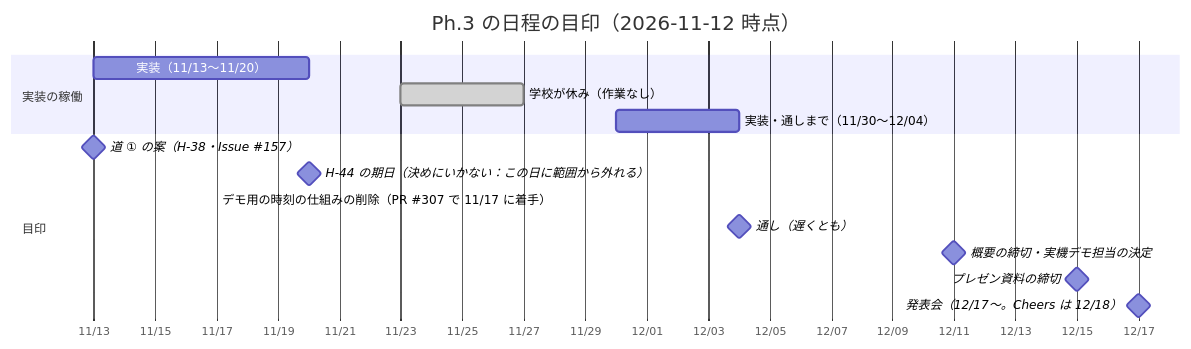
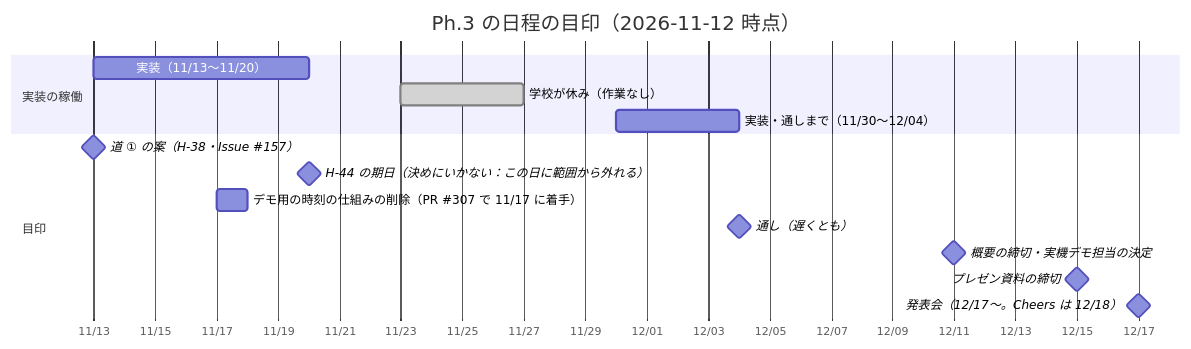
Before and after one commit to 250158hj-maker/yse_compass: the second of 2 diagrams in pm/wbs.md, drawn with Mermaid. The commit also changed other lines of this file, not shown here.

````diff
--- a/pm/wbs.md
+++ b/pm/wbs.md
@@ -390,20 +390,20 @@
 ```mermaid
 gantt
     title Ph.3 の日程の目印（2026-11-12 時点）
     dateFormat  YYYY-MM-DD
     axisFormat  %m/%d
 
     section 実装の稼働
     実装（11/13〜11/20）              :a1, 2026-11-13, 2026-11-20
     学校が休み（作業なし）             :done, a2, 2026-11-23, 2026-11-27
     実装・通しまで（11/30〜12/04）    :a3, 2026-11-30, 2026-12-04
 
     section 目印
     道 ① の案（H-38・Issue #157）     :milestone, m1, 2026-11-13, 0d
     H-44 の期日（決めにいかない：この日に範囲から外れる） :milestone, m6, 2026-11-20, 0d
-    デモ用の時刻の仕組みの削除（PR #307 で 11/17 に着手）  :a4, 2026-11-17, 2026-11-17
+    デモ用の時刻の仕組みの削除（PR #307 で 11/17 に着手）  :a4, 2026-11-17, 2026-11-18
     通し（遅くとも）                   :milestone, m2, 2026-12-04, 0d
     概要の締切・実機デモ担当の決定      :milestone, m3, 2026-12-11, 0d
     プレゼン資料の締切                 :milestone, m4, 2026-12-15, 0d
     発表会（12/17〜。Cheers は 12/18） :milestone, m5, 2026-12-17, 0d
 ```
````
